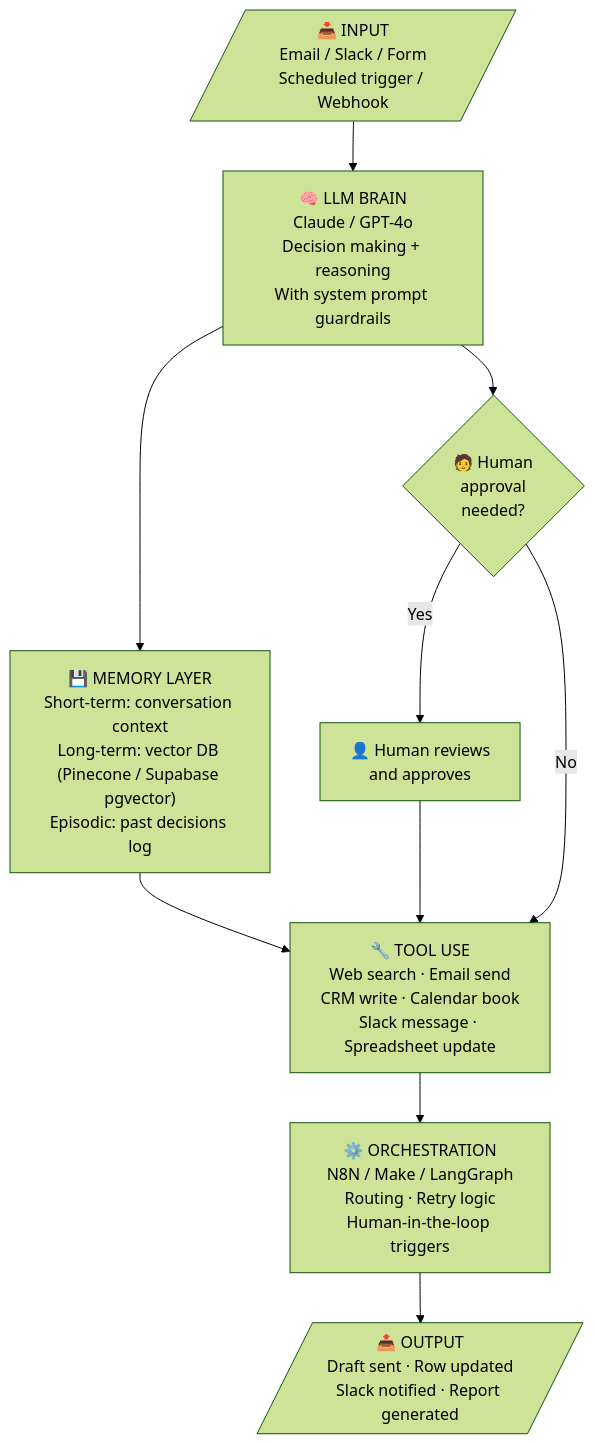
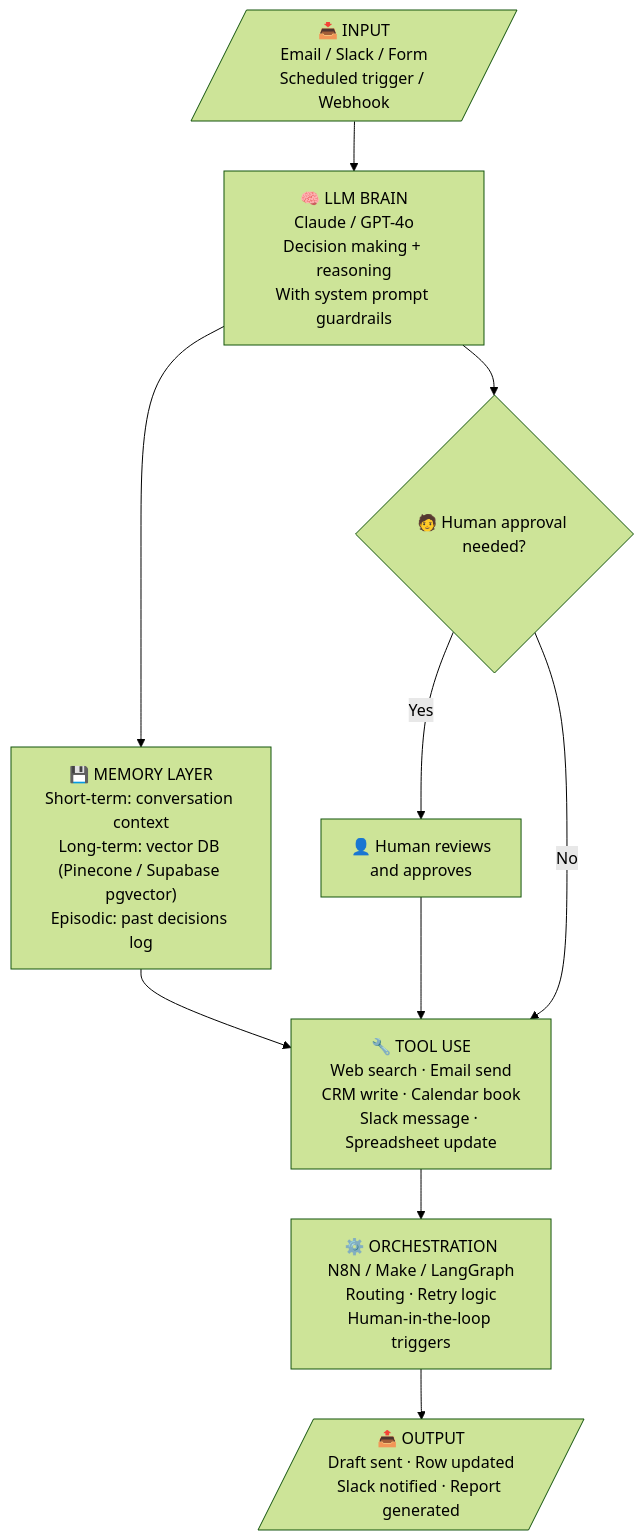
Diagram 16 of 18 in README.md (Mahir101/startup-boot), drawn with Mermaid (forest theme) before and after one commit. The commit also changed other lines of this file, not shown here.

Commit message:
fix formatting issues in decision tree flowchart and improve readability in README

````diff
--- a/README.md
+++ b/README.md
@@ -597,14 +597,14 @@
 ```mermaid
 flowchart TD
     Input[/"📥 INPUT\nEmail / Slack / Form\nScheduled trigger / Webhook"/]
     --> Brain["🧠 LLM BRAIN\nClaude / GPT-4o\nDecision making + reasoning\nWith system prompt guardrails"]
     --> Memory["💾 MEMORY LAYER\nShort-term: conversation context\nLong-term: vector DB (Pinecone / Supabase pgvector)\nEpisodic: past decisions log"]
     --> Tools["🔧 TOOL USE\nWeb search · Email send\nCRM write · Calendar book\nSlack message · Spreadsheet update"]
     --> Orchestration["⚙️ ORCHESTRATION\nN8N / Make / LangGraph\nRouting · Retry logic\nHuman-in-the-loop triggers"]
     --> Output[/"📤 OUTPUT\nDraft sent · Row updated\nSlack notified · Report generated"/]
 
-    Brain --> HumanCheck{"🧑 Human\napproval\nneeded?"}
+    Brain --> HumanCheck{"🧑 Human approval needed?"}
     HumanCheck -->|Yes| HumanInput["👤 Human reviews\nand approves"]
     HumanInput --> Tools
     HumanCheck -->|No| Tools
 ```
````
